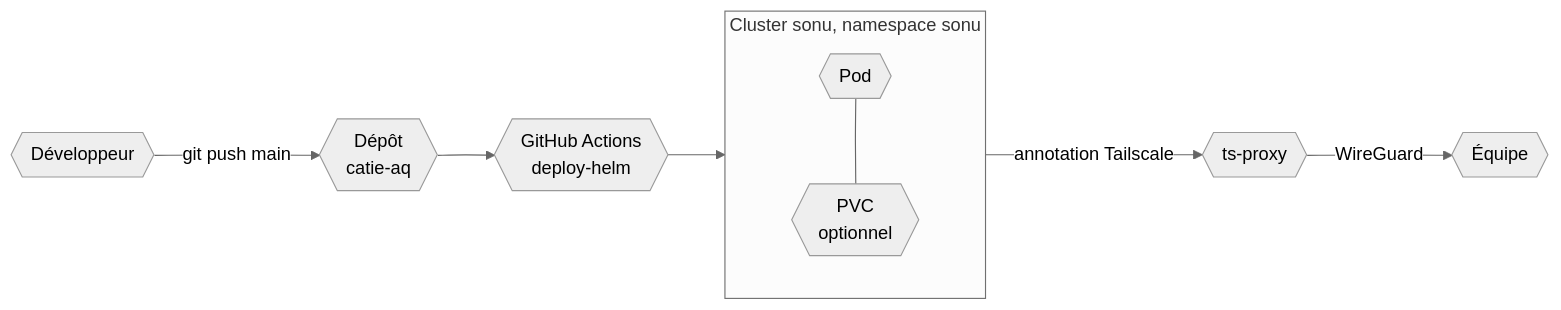
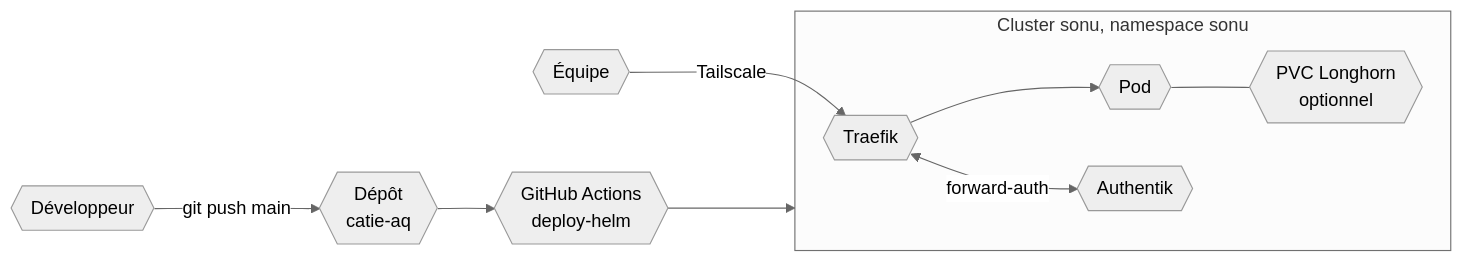
The diagram in docs/projects/professionnel/outils-internes.md (sedelpeuch/sedelpeuch.github.io), drawn with Mermaid (neutral theme) before and after one commit. The commit also changed other lines of this file and 122 other files, not shown here.

````diff
--- a/docs/projects/professionnel/outils-internes.md
+++ b/docs/projects/professionnel/outils-internes.md
@@ -56,13 +60,14 @@
 ```mermaid
 flowchart LR
     dev{{Développeur}} -->|git push main| repo{{Dépôt\ncatie-aq}}
     repo --> gha{{GitHub Actions\ndeploy-helm}}
     gha --> cluster
 
     subgraph cluster["Cluster sonu, namespace sonu"]
-        pod{{Pod}} --- pvc{{PVC\noptionnel}}
+        traefik{{Traefik}} --> pod{{Pod}}
+        traefik <-->|forward-auth| authentik{{Authentik}}
+        pod --- pvc{{PVC Longhorn\noptionnel}}
     end
 
-    cluster -->|annotation Tailscale| ts{{ts-proxy}}
-    ts -->|WireGuard| team{{Équipe}}
+    team{{Équipe}} -->|Tailscale| traefik
 ```
````
